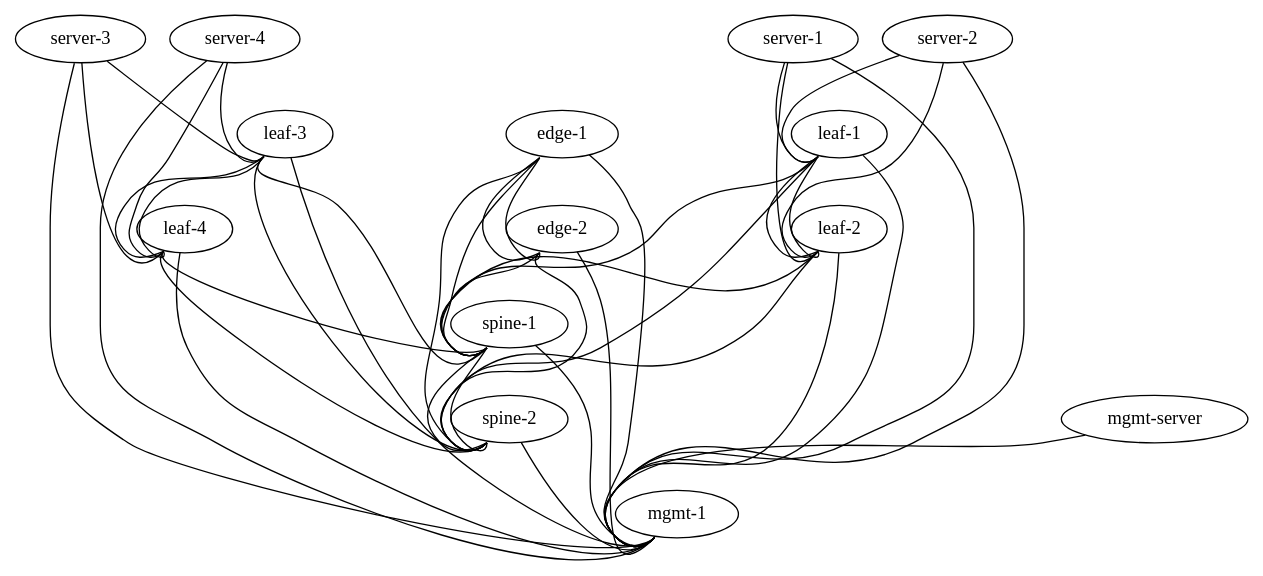
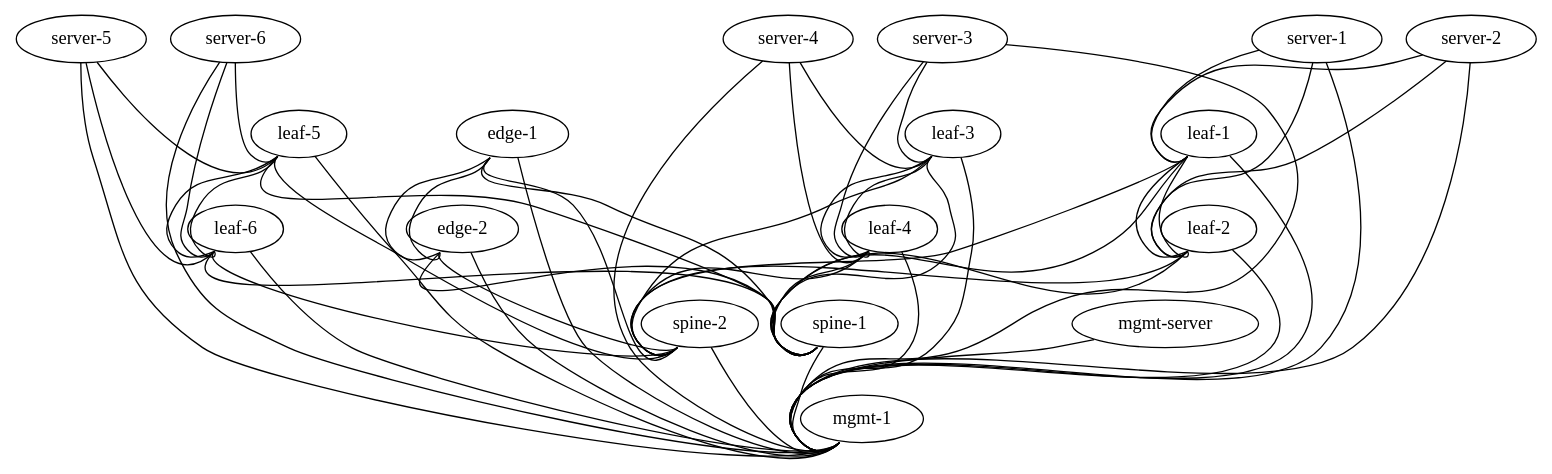
The diagram in topology-mgmt.dot (berndonline/cumulus-lab-vagrant), drawn with Graphviz before and after one commit. The commit also changed 6 other files, not shown here.

```diff
--- a/topology-mgmt.dot
+++ b/topology-mgmt.dot
@@ -1,64 +1,79 @@
 graph vx {
- "leaf-1" [function="leaf" os="CumulusCommunity/cumulus-vx" version="3.3.2" memory="512" config="./helper_scripts/config_switch.sh" ]
- "leaf-2" [function="leaf" os="CumulusCommunity/cumulus-vx" version="3.3.2" memory="512" config="./helper_scripts/config_switch.sh" ]
- "leaf-3" [function="leaf" os="CumulusCommunity/cumulus-vx" version="3.3.2" memory="512" config="./helper_scripts/config_switch.sh" ]
- "leaf-4" [function="leaf" os="CumulusCommunity/cumulus-vx" version="3.3.2" memory="512" config="./helper_scripts/config_switch.sh" ]
- "spine-1" [function="spine" os="CumulusCommunity/cumulus-vx" version="3.3.2" memory="512" config="./helper_scripts/config_switch.sh" ]
- "spine-2" [function="spine" os="CumulusCommunity/cumulus-vx" version="3.3.2" memory="512" config="./helper_scripts/config_switch.sh" ]
- "edge-1" [function="edge" os="CumulusCommunity/cumulus-vx" version="3.3.2" memory="512" config="./helper_scripts/config_switch.sh" ]
- "edge-2" [function="edge" os="CumulusCommunity/cumulus-vx" version="3.3.2" memory="512" config="./helper_scripts/config_switch.sh" ]
- "server-1" [function="host" os="yk0/ubuntu-xenial" memory="512" config="./helper_scripts/config_server.sh" ]
- "server-2" [function="host" os="yk0/ubuntu-xenial" memory="512" config="./helper_scripts/config_server.sh" ]
- "server-3" [function="host" os="yk0/ubuntu-xenial" memory="512" config="./helper_scripts/config_server.sh" ]
- "server-4" [function="host" os="yk0/ubuntu-xenial" memory="512" config="./helper_scripts/config_server.sh" ]
- "mgmt-1" [function="mgmt" vagrant="eth0" os="CumulusCommunity/cumulus-vx" version="3.3.2" memory="512" config="./helper_scripts/config_mgmt_switch.sh" ]
- "mgmt-server" [function="mgmt-server" vagrant="eth0" os="CumulusCommunity/vx_oob_server" version="1.0.3" memory="1024" config="./helper_scripts/config_mgmt_server.sh" ]
+ "leaf-1" [function="leaf" vagrant="eth1" as="CumulusCommunity/cumulus-vx" version="3.4.3" memory="768" config="./helper_scripts/config_production_switch.sh" ]
+ "leaf-2" [function="leaf" vagrant="eth1" os="CumulusCommunity/cumulus-vx" version="3.4.3" memory="768" config="./helper_scripts/config_production_switch.sh" ]
+ "leaf-3" [function="leaf" vagrant="eth1" os="CumulusCommunity/cumulus-vx" version="3.4.3" memory="768" config="./helper_scripts/config_production_switch.sh" ]
+ "leaf-4" [function="leaf" vagrant="eth1" os="CumulusCommunity/cumulus-vx" version="3.4.3" memory="768" config="./helper_scripts/config_production_switch.sh" ]
+ "leaf-5" [function="leaf" vagrant="eth1" os="CumulusCommunity/cumulus-vx" version="3.4.3" memory="768" config="./helper_scripts/config_production_switch.sh" ]
+ "leaf-6" [function="leaf" vagrant="eth1" os="CumulusCommunity/cumulus-vx" version="3.4.3" memory="768" config="./helper_scripts/config_production_switch.sh" ]
+ "spine-1" [function="spine" vagrant="eth1" os="CumulusCommunity/cumulus-vx" version="3.4.3" memory="768" config="./helper_scripts/config_production_switch.sh" ]
+ "spine-2" [function="spine" vagrant="eth1" os="CumulusCommunity/cumulus-vx" version="3.4.3" memory="768" config="./helper_scripts/config_production_switch.sh" ]
+ "edge-1" [function="edge" vagrant="eth1" os="CumulusCommunity/cumulus-vx" version="3.4.3" memory="768" config="./helper_scripts/config_production_switch.sh" ]
+ "edge-2" [function="edge" vagrant="eth1" os="CumulusCommunity/cumulus-vx" version="3.4.3" memory="768" config="./helper_scripts/config_production_switch.sh" ]
+ "mgmt-1" [function="mgmt" vagrant="eth1" os="CumulusCommunity/cumulus-vx" version="3.4.3" memory="768" config="./helper_scripts/config_mgmt_production_switch.sh" ]
+ "mgmt-server" [function="mgmt-server" vagrant="eth1" os="CumulusCommunity/vx_oob_server" version="1.0.3" memory="1024" config="./helper_scripts/config_mgmt_production_server.sh" ]
+ "server-1" [function="host" vagrant="eth3" os="CumulusCommunity/cumulus-vx" version="3.4.3" memory="768" config="./helper_scripts/config_production_server.sh" ]
+ "server-2" [function="host" vagrant="eth3" os="CumulusCommunity/cumulus-vx" version="3.4.3" memory="768" config="./helper_scripts/config_production_server.sh" ]
+ "server-3" [function="host" vagrant="eth3" os="CumulusCommunity/cumulus-vx" version="3.4.3" memory="768" config="./helper_scripts/config_production_server.sh" ]
+ "server-4" [function="host" vagrant="eth3" os="CumulusCommunity/cumulus-vx" version="3.4.3" memory="768" config="./helper_scripts/config_production_server.sh" ]
+ "server-5" [function="host" vagrant="eth3" os="CumulusCommunity/cumulus-vx" version="3.4.3" memory="768" config="./helper_scripts/config_production_server.sh" ]
+ "server-6" [function="host" vagrant="eth3" os="CumulusCommunity/cumulus-vx" version="3.4.3" memory="768" config="./helper_scripts/config_production_server.sh" ]
 
  "leaf-1":"swp51" -- "spine-1":"swp1"
  "leaf-2":"swp51" -- "spine-1":"swp2"
  "leaf-3":"swp51" -- "spine-1":"swp3"
  "leaf-4":"swp51" -- "spine-1":"swp4"
+ "leaf-5":"swp51" -- "spine-1":"swp5"
+ "leaf-6":"swp51" -- "spine-1":"swp6"
  "leaf-1":"swp52" -- "spine-2":"swp1"
  "leaf-2":"swp52" -- "spine-2":"swp2"
  "leaf-3":"swp52" -- "spine-2":"swp3"
  "leaf-4":"swp52" -- "spine-2":"swp4"
+ "leaf-5":"swp52" -- "spine-2":"swp5"
+ "leaf-6":"swp52" -- "spine-2":"swp6"
 
  "leaf-1":"swp53" -- "leaf-2":"swp53"
  "leaf-1":"swp54" -- "leaf-2":"swp54"
  "leaf-3":"swp53" -- "leaf-4":"swp53"
  "leaf-3":"swp54" -- "leaf-4":"swp54"
+ "leaf-5":"swp53" -- "leaf-6":"swp53"
+ "leaf-5":"swp54" -- "leaf-6":"swp54"
 
- "spine-1":"swp53" -- "spine-2":"swp53"
- "spine-1":"swp54" -- "spine-2":"swp54"
  "edge-1":"swp53" -- "edge-2":"swp53"
  "edge-1":"swp54" -- "edge-2":"swp54"
+
+ "edge-1":"swp51" -- "spine-1":"swp51"
+ "edge-1":"swp52" -- "spine-2":"swp51"
+ "edge-2":"swp51" -- "spine-1":"swp52"
+ "edge-2":"swp52" -- "spine-2":"swp52"
 
  "server-1":"eth1" -- "leaf-1":"swp1" [left_mac="00:03:00:11:11:01"]
  "server-1":"eth2" -- "leaf-2":"swp1" [left_mac="00:03:00:11:11:02"]
  "server-2":"eth1" -- "leaf-1":"swp2" [left_mac="00:03:00:22:22:01"]
  "server-2":"eth2" -- "leaf-2":"swp2" [left_mac="00:03:00:22:22:02"]
  "server-3":"eth1" -- "leaf-3":"swp1" [left_mac="00:03:00:33:33:01"]
  "server-3":"eth2" -- "leaf-4":"swp1" [left_mac="00:03:00:33:33:02"]
  "server-4":"eth1" -- "leaf-3":"swp2" [left_mac="00:03:00:44:44:01"]
  "server-4":"eth2" -- "leaf-4":"swp2" [left_mac="00:03:00:44:44:02"]
+ "server-5":"eth1" -- "leaf-5":"swp1" [left_mac="00:03:00:55:55:01"]
+ "server-5":"eth2" -- "leaf-6":"swp1" [left_mac="00:03:00:55:55:02"]
+ "server-6":"eth1" -- "leaf-5":"swp2" [left_mac="00:03:00:66:66:01"]
+ "server-6":"eth2" -- "leaf-6":"swp2" [left_mac="00:03:00:66:66:02"]
 
- "edge-1":"swp51" -- "spine-1":"swp51"
- "edge-1":"swp52" -- "spine-2":"swp51"
- "edge-2":"swp51" -- "spine-1":"swp52"
- "edge-2":"swp52" -- "spine-2":"swp52"
-
-
- "mgmt-server":"eth1" -- "mgmt-1":"swp9" [right_mac="a0:00:00:00:00:61"]
- "server-1":"eth0" -- "mgmt-1":"swp10" [left_mac="a0:00:00:00:00:31"]
- "server-2":"eth0" -- "mgmt-1":"swp11" [left_mac="a0:00:00:00:00:32"]
- "server-3":"eth0" -- "mgmt-1":"swp12" [left_mac="a0:00:00:00:00:33"]
- "server-4":"eth0" -- "mgmt-1":"swp13" [left_mac="a0:00:00:00:00:34"]
  "leaf-1":"eth0" -- "mgmt-1":"swp1" [left_mac="a0:00:00:00:00:11"]
  "leaf-2":"eth0" -- "mgmt-1":"swp2" [left_mac="a0:00:00:00:00:12"]
  "leaf-3":"eth0" -- "mgmt-1":"swp3" [left_mac="a0:00:00:00:00:13"]
  "leaf-4":"eth0" -- "mgmt-1":"swp4" [left_mac="a0:00:00:00:00:14"]
+ "leaf-5":"eth0" -- "mgmt-1":"swp5" [left_mac="a0:00:00:00:00:15"]
+ "leaf-6":"eth0" -- "mgmt-1":"swp6" [left_mac="a0:00:00:00:00:16"]
  "spine-1":"eth0" -- "mgmt-1":"swp7" [left_mac="a0:00:00:00:00:21"]
  "spine-2":"eth0" -- "mgmt-1":"swp8" [left_mac="a0:00:00:00:00:22"]
- "edge-1":"eth0" -- "mgmt-1":"swp5" [left_mac="a0:00:00:00:00:41"]
- "edge-2":"eth0" -- "mgmt-1":"swp6" [left_mac="a0:00:00:00:00:42"]
+ "edge-1":"eth0" -- "mgmt-1":"swp9" [left_mac="a0:00:00:00:00:41"]
+ "edge-2":"eth0" -- "mgmt-1":"swp10" [left_mac="a0:00:00:00:00:42"]
+ "mgmt-server":"eth0" -- "mgmt-1":"swp11" [right_mac="a0:00:00:00:00:61"]
+ "server-1":"eth0" -- "mgmt-1":"swp12" [left_mac="a0:00:00:00:00:31"]
+ "server-2":"eth0" -- "mgmt-1":"swp13" [left_mac="a0:00:00:00:00:32"]
+ "server-3":"eth0" -- "mgmt-1":"swp14" [left_mac="a0:00:00:00:00:33"]
+ "server-4":"eth0" -- "mgmt-1":"swp15" [left_mac="a0:00:00:00:00:34"]
+ "server-5":"eth0" -- "mgmt-1":"swp16" [left_mac="a0:00:00:00:00:35"]
+ "server-6":"eth0" -- "mgmt-1":"swp17" [left_mac="a0:00:00:00:00:36"]
 }
```
